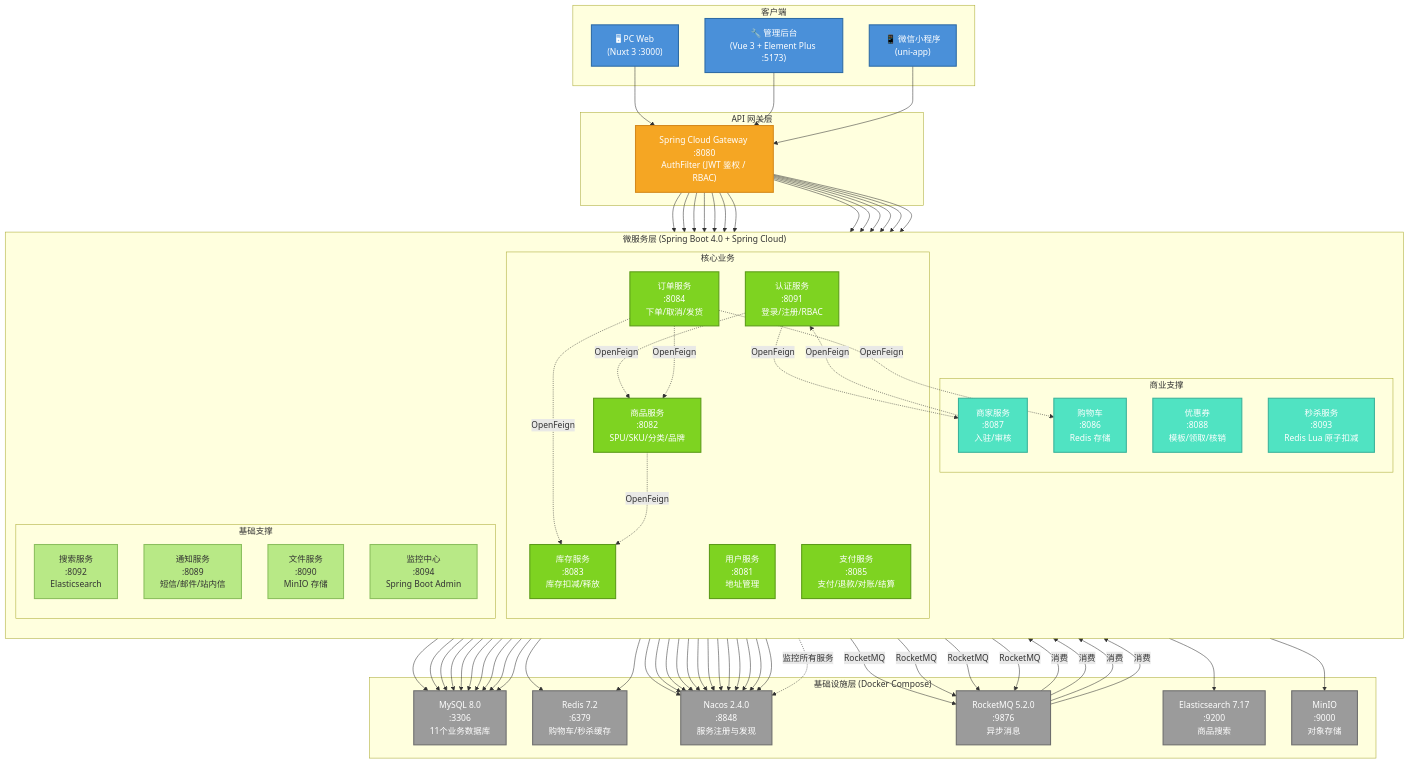
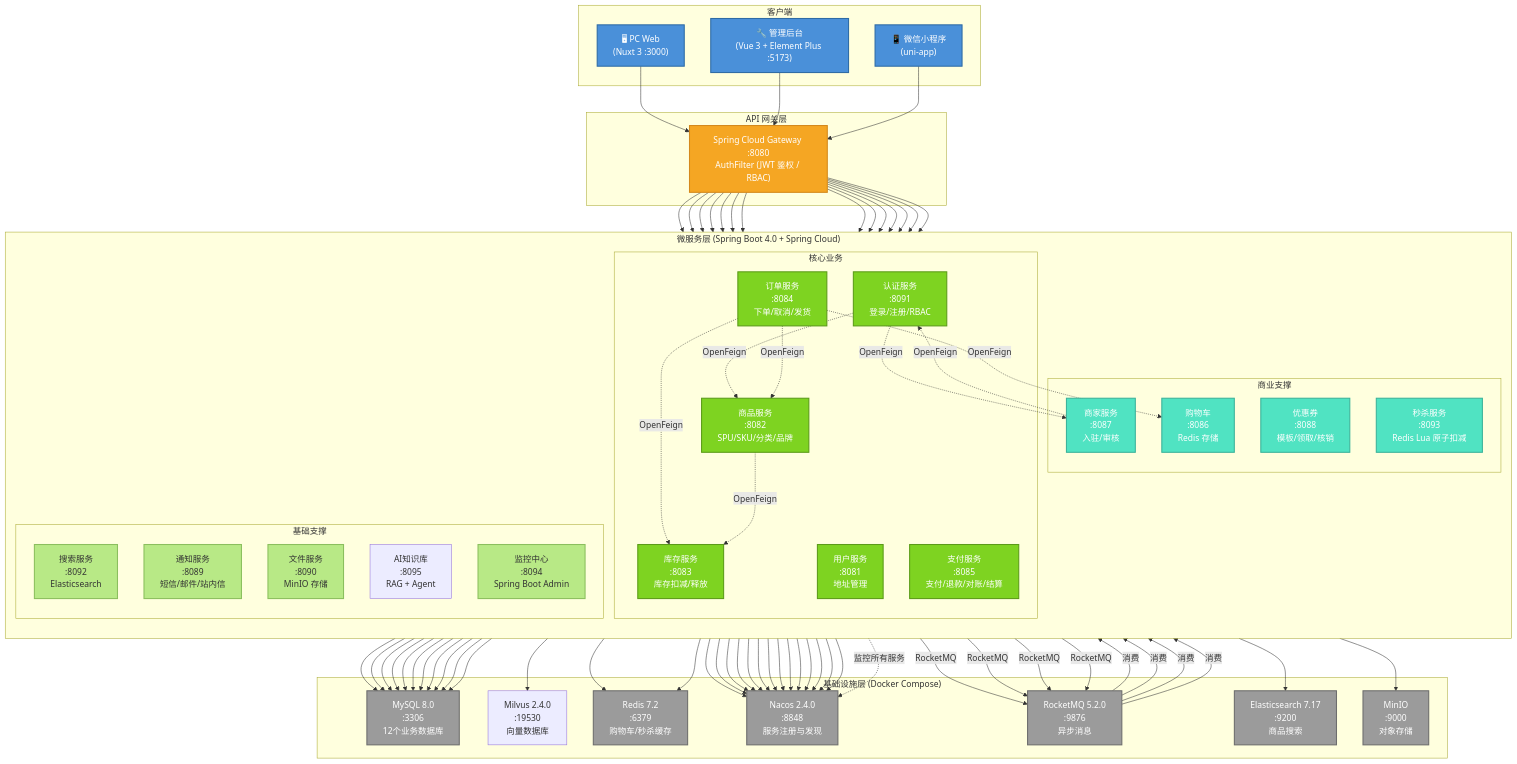
The first of 7 diagrams in README.md (ZeYuYang1024/ecommerce-platform), drawn with Mermaid before and after one commit. The commit also changed other lines of this file and 59 other files, not shown here.

```diff
--- a/README.md
+++ b/README.md
@@ -127,12 +132,14 @@
             SEARCH["搜索服务<br/>:8092<br/>Elasticsearch"]
             NOTIFY["通知服务<br/>:8089<br/>短信/邮件/站内信"]
             FILE["文件服务<br/>:8090<br/>MinIO 存储"]
+            KNOWLEDGE["AI知识库<br/>:8095<br/>RAG + Agent"]
             MONITOR["监控中心<br/>:8094<br/>Spring Boot Admin"]
         end
     end
 
     subgraph Infra["基础设施层 (Docker Compose)"]
-        MYSQL["MySQL 8.0<br/>:3306<br/>11个业务数据库"]
+        MYSQL["MySQL 8.0<br/>:3306<br/>12个业务数据库"]
+        MILVUS["Milvus 2.4.0<br/>:19530<br/>向量数据库"]
         REDIS["Redis 7.2<br/>:6379<br/>购物车/秒杀缓存"]
         NACOS["Nacos 2.4.0<br/>:8848<br/>服务注册与发现"]
         MQ["RocketMQ 5.2.0<br/>:9876<br/>异步消息"]
@@ -157,6 +164,7 @@
     GW --> SEARCH
     GW --> NOTIFY
     GW --> FILE
+    GW --> KNOWLEDGE
 
     AUTH -.->|OpenFeign| MERCHANT
     AUTH -.->|OpenFeign| PRODUCT
@@ -205,6 +213,9 @@
     NOTIFY --> NACOS
     FILE --> NACOS
 
+    KNOWLEDGE --> MYSQL
+    KNOWLEDGE --> MILVUS
+    KNOWLEDGE --> NACOS
     MONITOR -.->|监控所有服务| NACOS
 
     classDef client fill:#4A90D9,stroke:#2E6BA5,color:#fff,stroke-width:2px
```
